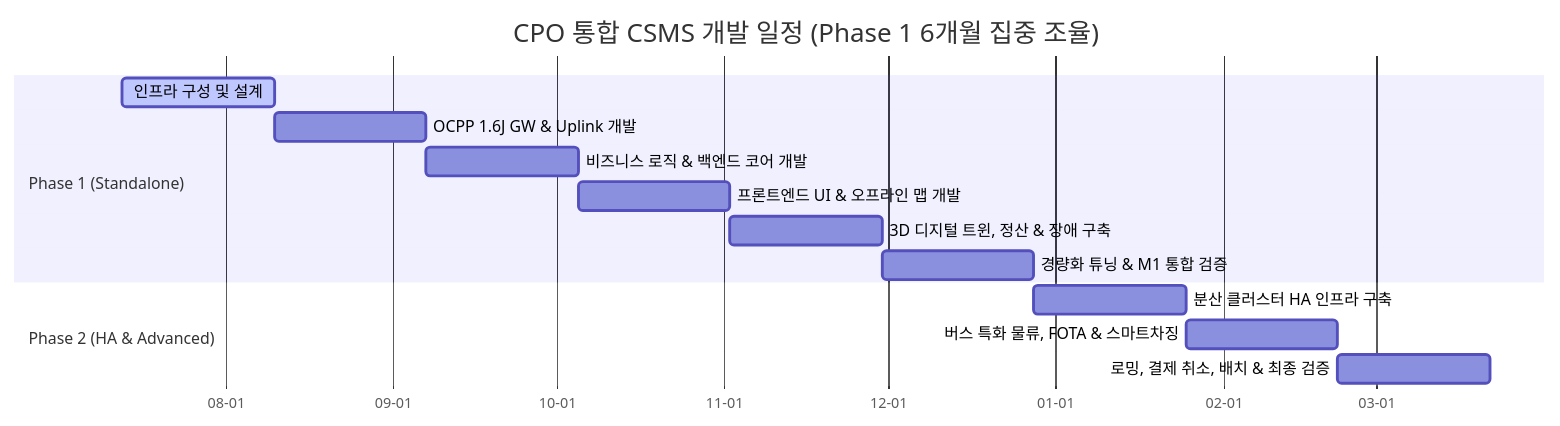
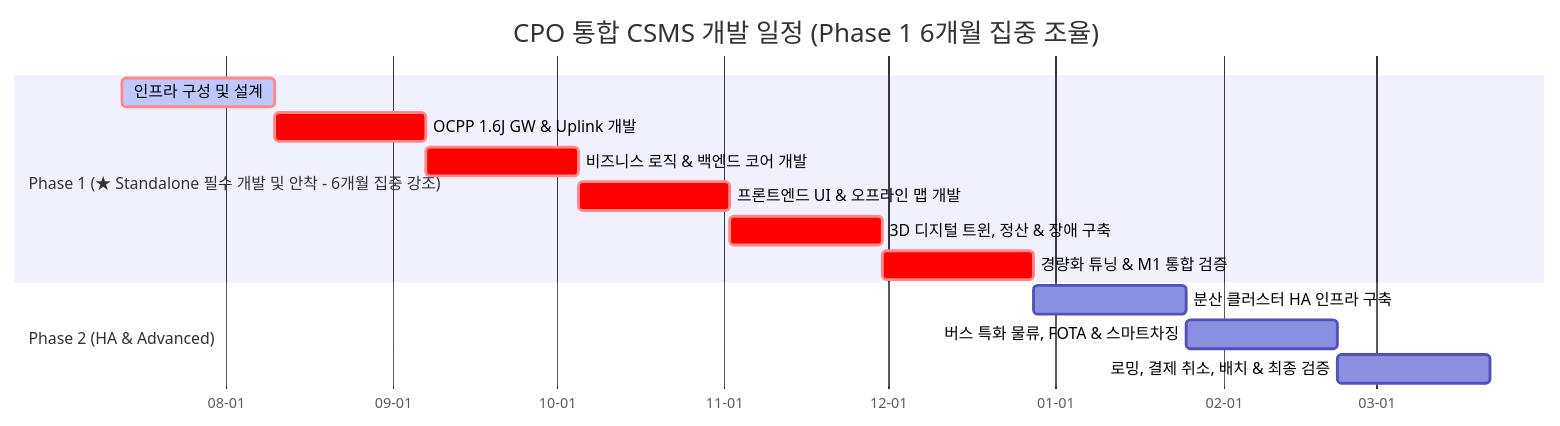
One commit to h2y-hyhong2/h2y-ocpp changed the diagram in doc/03.timeline.md. Above: the diagram before and after it, drawn with Mermaid. The commit also changed 1 other file, not shown here.

Commit message:
docs: highlight Phase 1 tasks using crit tags in timeline Gantt chart

````diff
--- a/doc/03.timeline.md
+++ b/doc/03.timeline.md
@@ -19,19 +19,19 @@
 ```mermaid
 gantt
     title CPO 통합 CSMS 개발 일정 (Phase 1 6개월 집중 조율)
     dateFormat  YYYY-MM-DD
     axisFormat  %m-%d
     
-    section Phase 1 (Standalone)
-    인프라 구성 및 설계        :active, p1_infra, 2026-07-13, 28d
-    OCPP 1.6J GW & Uplink 개발   : p1_gw, after p1_infra, 28d
-    비즈니스 로직 & 백엔드 코어 개발 : p1_biz, after p1_gw, 28d
-    프론트엔드 UI & 오프라인 맵 개발 : p1_fe, after p1_biz, 28d
-    3D 디지털 트윈, 정산 & 장애 구축 : p1_twin, after p1_fe, 28d
-    경량화 튜닝 & M1 통합 검증      : p1_test, after p1_twin, 28d
+    section Phase 1 (★ Standalone 필수 개발 및 안착 - 6개월 집중 강조)
+    인프라 구성 및 설계        :crit, active, p1_infra, 2026-07-13, 28d
+    OCPP 1.6J GW & Uplink 개발   :crit, p1_gw, after p1_infra, 28d
+    비즈니스 로직 & 백엔드 코어 개발 :crit, p1_biz, after p1_gw, 28d
+    프론트엔드 UI & 오프라인 맵 개발 :crit, p1_fe, after p1_biz, 28d
+    3D 디지털 트윈, 정산 & 장애 구축 :crit, p1_twin, after p1_fe, 28d
+    경량화 튜닝 & M1 통합 검증      :crit, p1_test, after p1_twin, 28d
     
     section Phase 2 (HA & Advanced)
     분산 클러스터 HA 인프라 구축    : p2_cluster, after p1_test, 28d
     버스 특화 물류, FOTA & 스마트차징 : p2_bus, after p2_cluster, 28d
     로밍, 결제 취소, 배치 & 최종 검증 : p2_roam, after p2_bus, 28d
 ```
````
